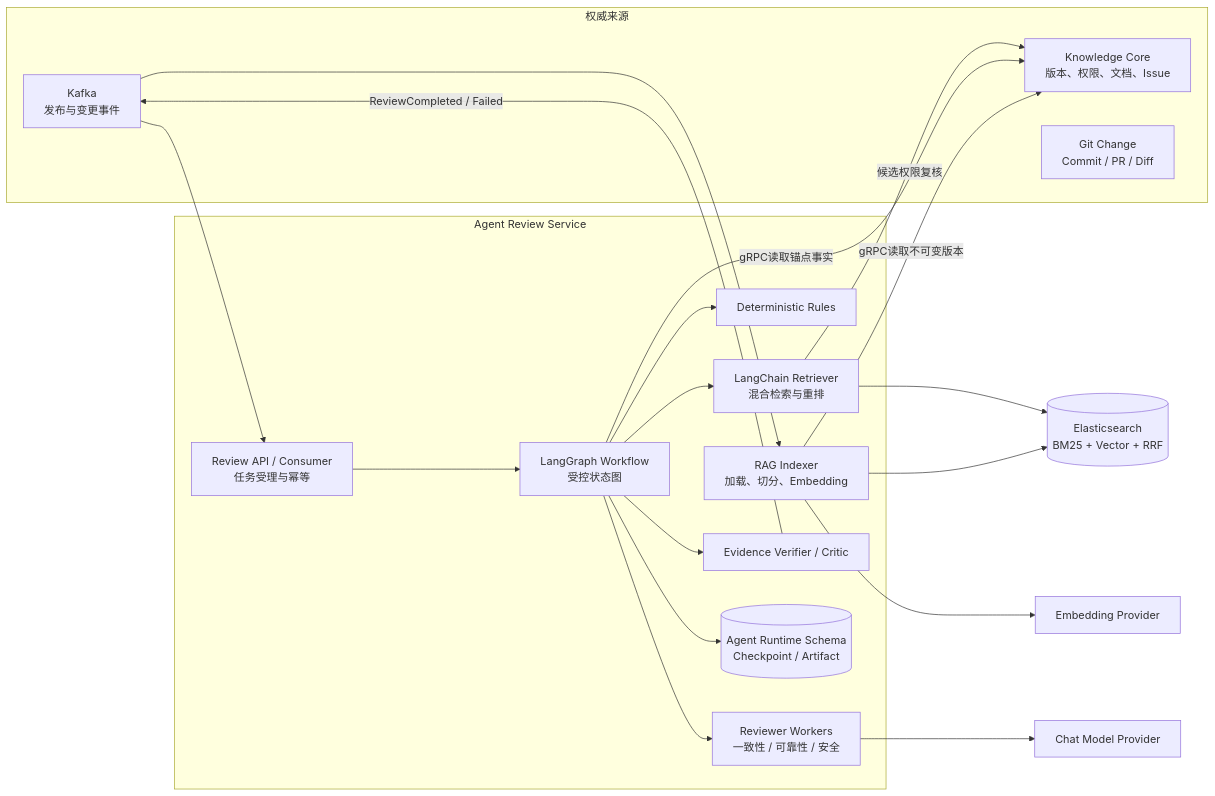
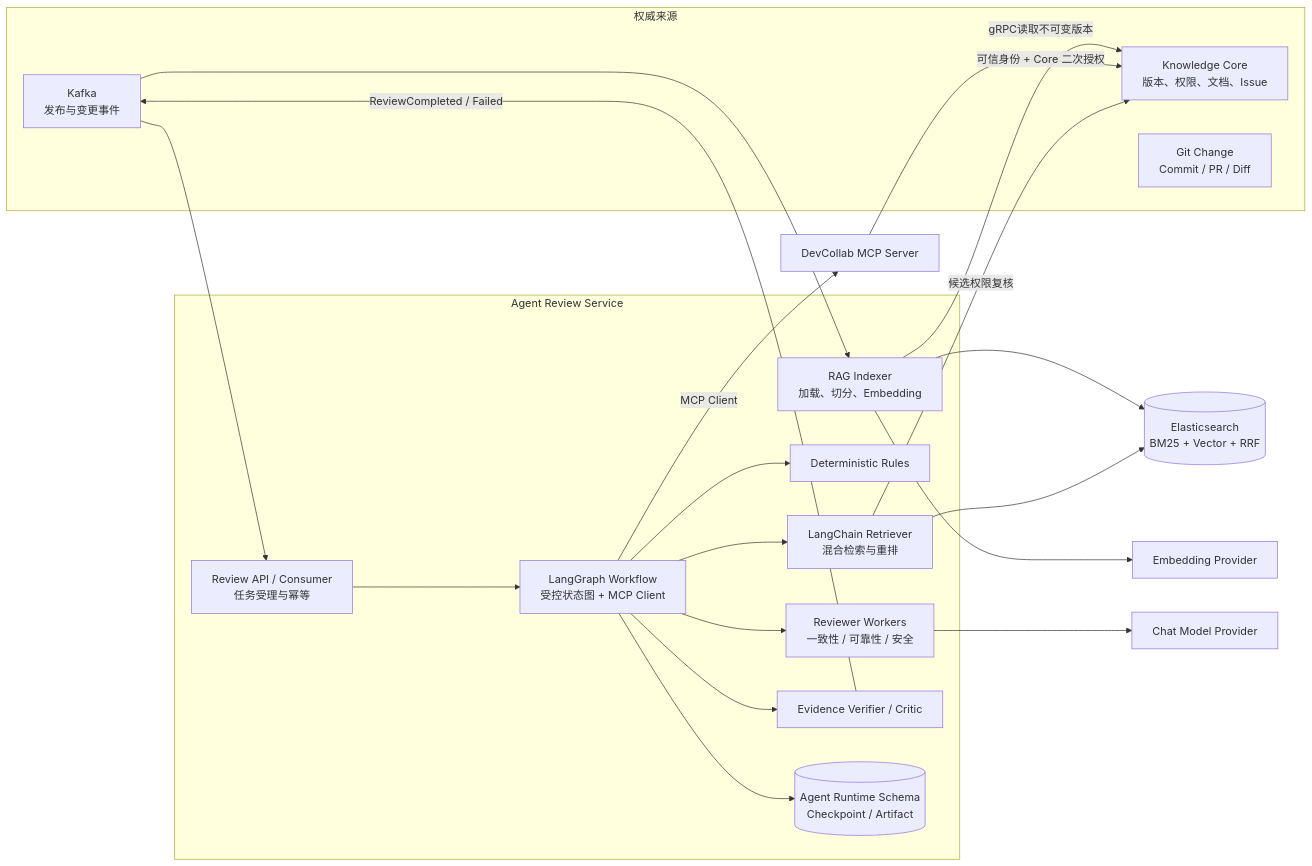
One commit to XMU-Linjer/devcolab changed the first of 2 diagrams in docs/07-devcollab-agent-rag-architecture-v0.1.md. Above: the diagram before and after it, drawn with Mermaid. The commit also changed other lines of this file and 8 other files, not shown here.

````diff
--- a/docs/07-devcollab-agent-rag-architecture-v0.1.md
+++ b/docs/07-devcollab-agent-rag-architecture-v0.1.md
@@ -48,41 +48,42 @@
 ```mermaid
 flowchart LR
     subgraph Source[权威来源]
         Core["Knowledge Core<br/>版本、权限、文档、Issue"]
         Git["Git Change<br/>Commit / PR / Diff"]
         Kafka["Kafka<br/>发布与变更事件"]
     end
 
     subgraph AgentService[Agent Review Service]
         Indexer["RAG Indexer<br/>加载、切分、Embedding"]
         API["Review API / Consumer<br/>任务受理与幂等"]
-        Graph["LangGraph Workflow<br/>受控状态图"]
+        Graph["LangGraph Workflow<br/>受控状态图 + MCP Client"]
         Rules["Deterministic Rules"]
         Retrieval["LangChain Retriever<br/>混合检索与重排"]
         Reviewers["Reviewer Workers<br/>一致性 / 可靠性 / 安全"]
         Guard["Evidence Verifier / Critic"]
         Checkpoint[("Agent Runtime Schema<br/>Checkpoint / Artifact")]
     end
 
     ES[("Elasticsearch<br/>BM25 + Vector + RRF")]
     Embed["Embedding Provider"]
     LLM["Chat Model Provider"]
 
     Kafka --> Indexer
     Indexer -->|gRPC读取不可变版本| Core
     Indexer --> Embed
     Indexer --> ES
 
     Kafka --> API
     API --> Graph
-    Graph -->|gRPC读取锚点事实| Core
+    Graph -->|MCP Client| MCP["DevCollab MCP Server"]
+    MCP -->|可信身份 + Core 二次授权| Core
     Graph --> Rules
     Graph --> Retrieval
     Retrieval --> ES
     Retrieval -->|候选权限复核| Core
     Graph --> Reviewers
     Reviewers --> LLM
     Graph --> Guard
     Graph --> Checkpoint
     Guard -->|ReviewCompleted / Failed| Kafka
 ```
````
